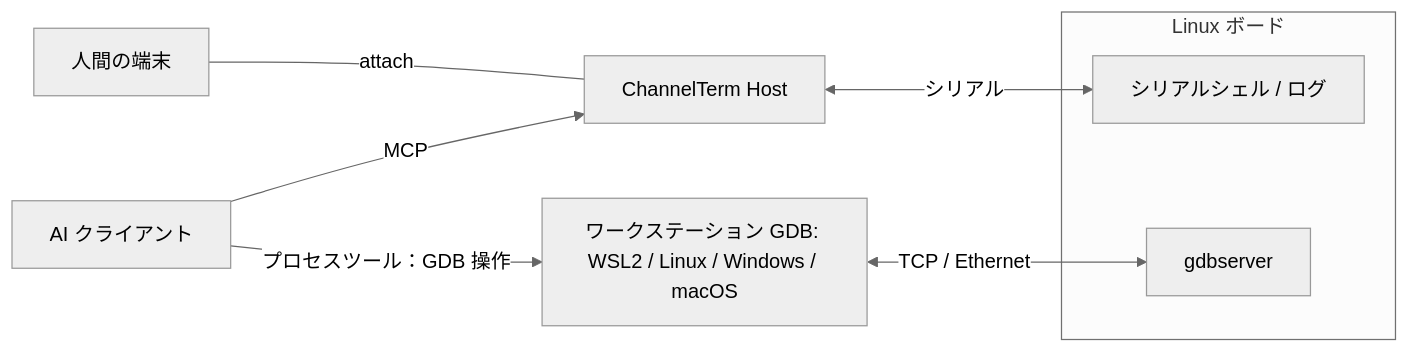
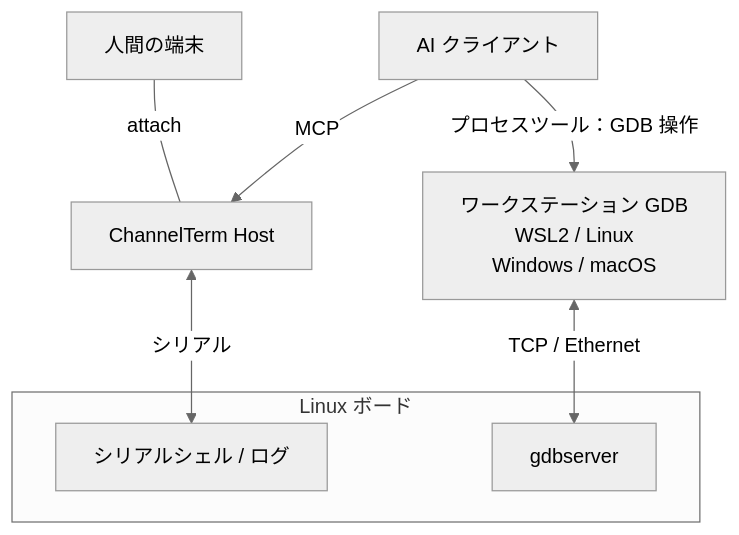
Before and after one commit to akira-init1/ChannelTerm: the third of 3 diagrams in README.ja.md, drawn with Mermaid (neutral theme). The commit also changed other lines of this file and 13 other files, not shown here.

First line of the commit message:
docs(diagrams): clarify shared terminal and debugger data flows

````diff
--- a/README.ja.md
+++ b/README.ja.md
@@ -297,16 +301,16 @@
 ```mermaid
-flowchart LR
+flowchart TB
     AI["AI クライアント"]
     Human["人間の端末"]
     Host["ChannelTerm Host"]
-    GDB["ワークステーション GDB: WSL2 / Linux / Windows / macOS"]
+    GDB["ワークステーション GDB<br/>WSL2 / Linux<br/>Windows / macOS"]
     subgraph Board["Linux ボード"]
         Console["シリアルシェル / ログ"]
         Server["gdbserver"]
     end
     Human ---|"attach"| Host
     AI -->|"MCP"| Host
     AI -->|"プロセスツール：GDB 操作"| GDB
     Host <-->|"シリアル"| Console
     GDB <-->|"TCP / Ethernet"| Server
 ```
````
